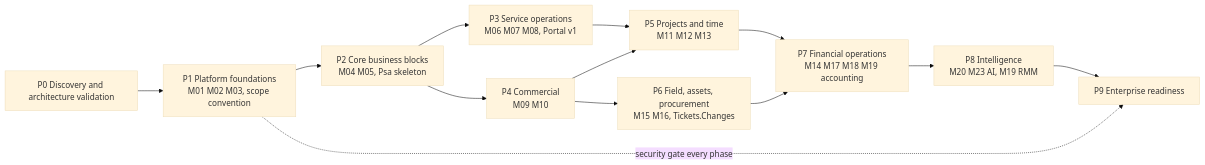
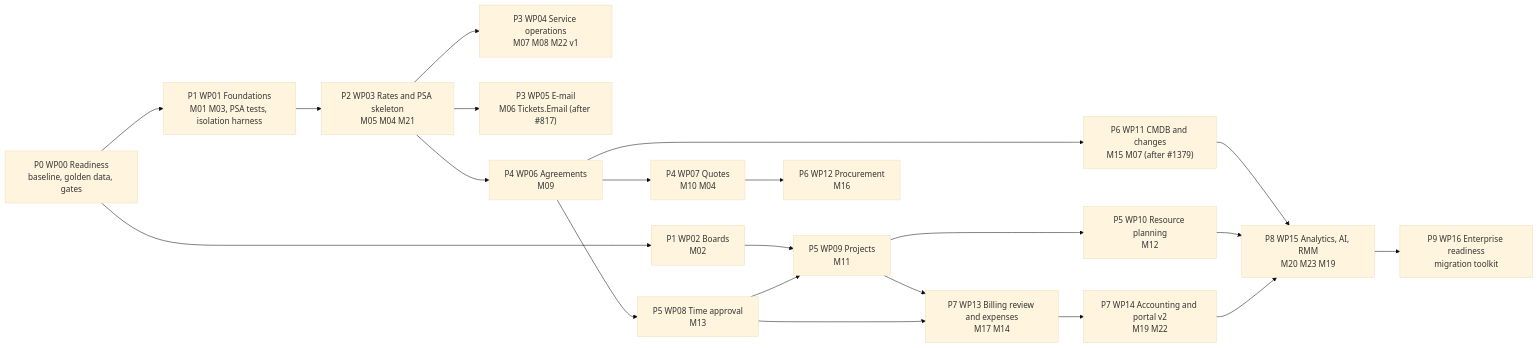
One commit to CrestApps/CrestApps.OrchardCore changed the tenth of 11 diagrams in docs/engineering/psa/psa-platform-plan.md. Above: the diagram before and after it, drawn with Mermaid (base theme). The commit also changed other lines of this file and 1 other file, not shown here.

First line of the commit message:
Revise the PSA plan and guide after review

````diff
--- a/docs/engineering/psa/psa-platform-plan.md
+++ b/docs/engineering/psa/psa-platform-plan.md
@@ -1439,15 +1431,23 @@
 ```mermaid
 flowchart LR
-  P0["P0 Discovery and architecture validation"] --> P1["P1 Platform foundations\nM01 M02 M03, scope convention"]
-  P1 --> P2["P2 Core business blocks\nM04 M05, Psa skeleton"]
-  P2 --> P3["P3 Service operations\nM06 M07 M08, Portal v1"]
-  P2 --> P4["P4 Commercial\nM09 M10"]
-  P3 --> P5["P5 Projects and time\nM11 M12 M13"]
-  P4 --> P5
-  P4 --> P6["P6 Field, assets, procurement\nM15 M16, Tickets.Changes"]
-  P5 --> P7["P7 Financial operations\nM14 M17 M18 M19 accounting"]
-  P6 --> P7
-  P7 --> P8["P8 Intelligence\nM20 M23 AI, M19 RMM"]
-  P8 --> P9["P9 Enterprise readiness"]
-  P1 -. "security gate every phase" .-> P9
+  WP00["P0 WP00 Readiness\nbaseline, golden data, gates"] --> WP01["P1 WP01 Foundations\nM01 M03, PSA tests, isolation harness"]
+  WP00 --> WP02["P1 WP02 Boards\nM02"]
+  WP01 --> WP03["P2 WP03 Rates and PSA skeleton\nM05 M04 M21"]
+  WP03 --> WP04["P3 WP04 Service operations\nM07 M08 M22 v1"]
+  WP03 --> WP05["P3 WP05 E-mail\nM06 Tickets.Email (after #817)"]
+  WP03 --> WP06["P4 WP06 Agreements\nM09"]
+  WP06 --> WP07["P4 WP07 Quotes\nM10 M04"]
+  WP06 --> WP08["P5 WP08 Time approval\nM13"]
+  WP08 --> WP09["P5 WP09 Projects\nM11"]
+  WP02 --> WP09
+  WP09 --> WP10["P5 WP10 Resource planning\nM12"]
+  WP06 --> WP11["P6 WP11 CMDB and changes\nM15 M07 (after #1379)"]
+  WP07 --> WP12["P6 WP12 Procurement\nM16"]
+  WP08 --> WP13["P7 WP13 Billing review and expenses\nM17 M14"]
+  WP09 --> WP13
+  WP13 --> WP14["P7 WP14 Accounting and portal v2\nM19 M22"]
+  WP14 --> WP15["P8 WP15 Analytics, AI, RMM\nM20 M23 M19"]
+  WP10 --> WP15
+  WP11 --> WP15
+  WP15 --> WP16["P9 WP16 Enterprise readiness\nmigration toolkit"]
 ```
````
